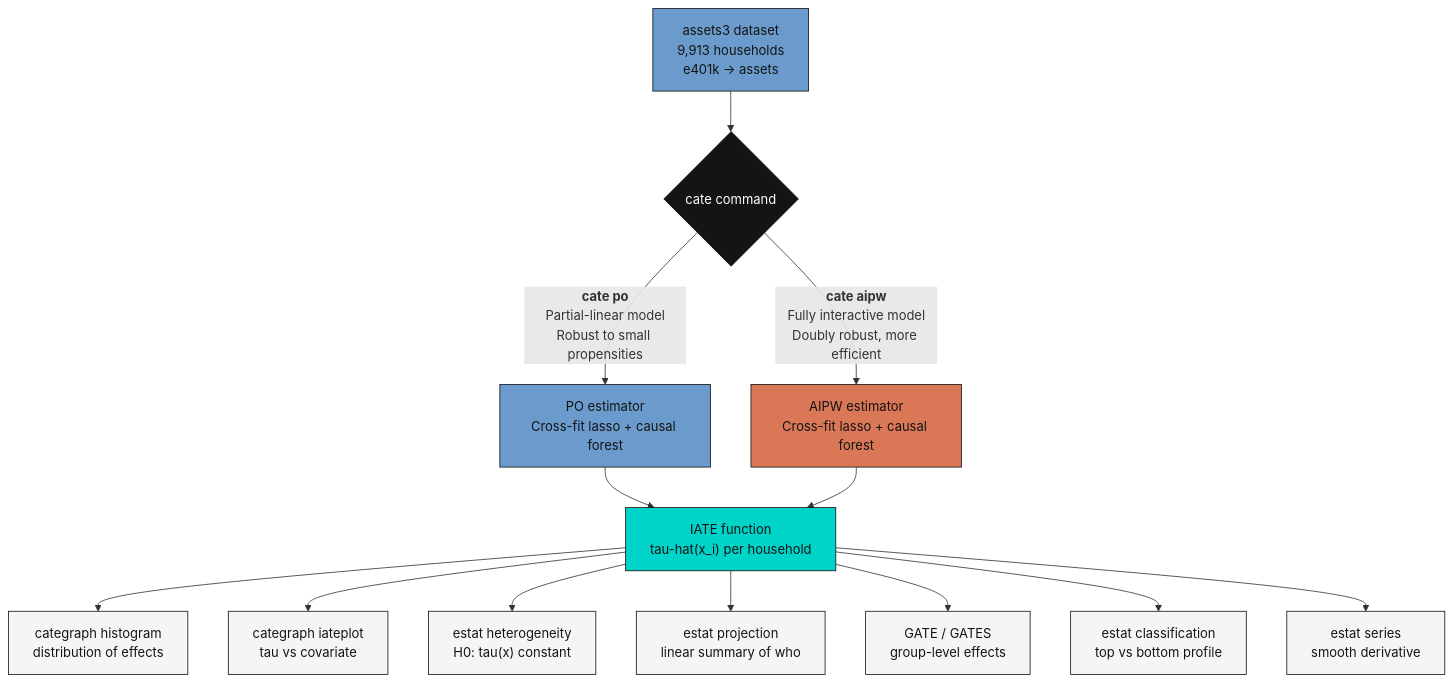
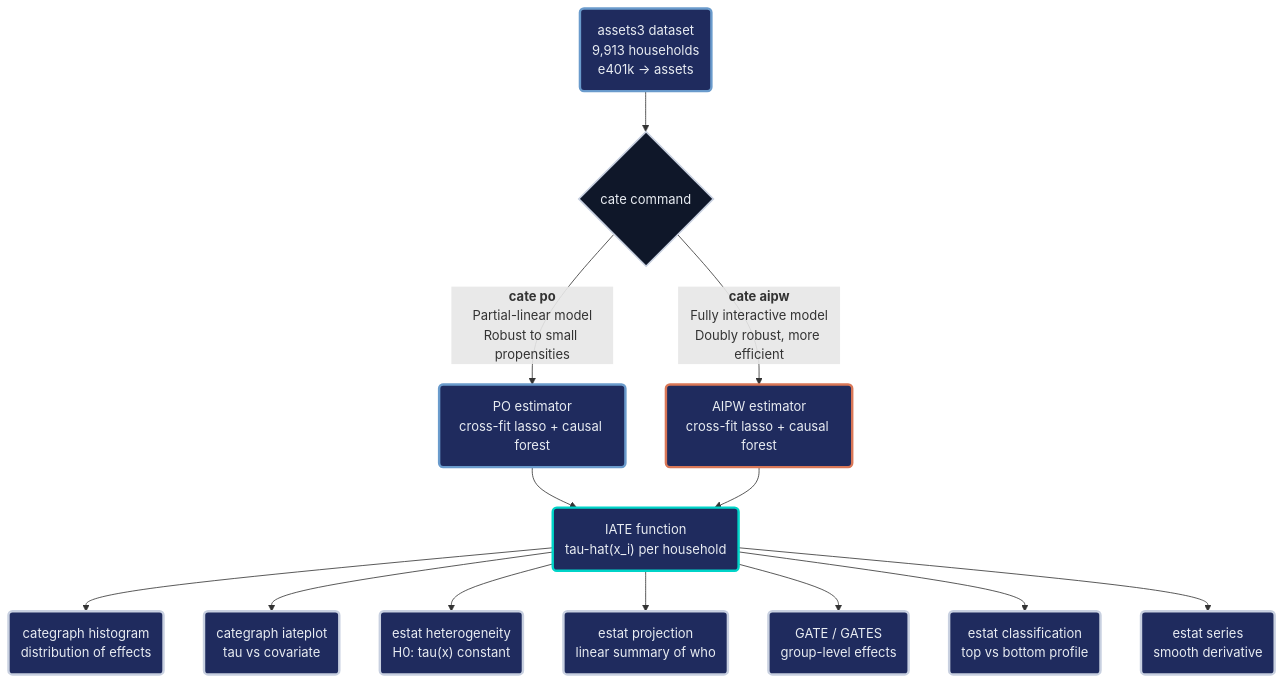
Before and after one commit to cmg777/starter-academic-v501: the diagram in content/post/stata_cate/index.md, drawn with Mermaid. The commit also changed 13 other files, not shown here.

First line of the commit message:
content(mermaid): restyle flowcharts in Stata posts, batch 1 of 2

````diff
--- a/content/post/stata_cate/index.md
+++ b/content/post/stata_cate/index.md
@@ -86,23 +86,23 @@
 ```mermaid
 flowchart TB
-    A["assets3 dataset<br/>9,913 households<br/>e401k -> assets"]:::data
-    A --> B{cate command}:::main
-    B -->|"<b>cate po</b><br/>Partial-linear model<br/>Robust to small propensities"| C["PO estimator<br/>Cross-fit lasso + causal forest"]:::po
-    B -->|"<b>cate aipw</b><br/>Fully interactive model<br/>Doubly robust, more efficient"| D["AIPW estimator<br/>Cross-fit lasso + causal forest"]:::aipw
-    C --> E["IATE function<br/>tau-hat(x_i) per household"]:::iate
+    A("assets3 dataset<br/>9,913 households<br/>e401k -> assets"):::data
+    A --> B{"cate command"}:::main
+    B -->|"<b>cate po</b><br/>Partial-linear model<br/>Robust to small propensities"| C("PO estimator<br/>cross-fit lasso + causal forest"):::po
+    B -->|"<b>cate aipw</b><br/>Fully interactive model<br/>Doubly robust, more efficient"| D("AIPW estimator<br/>cross-fit lasso + causal forest"):::aipw
+    C --> E("IATE function<br/>tau-hat(x_i) per household"):::iate
     D --> E
-    E --> F1["categraph histogram<br/>distribution of effects"]:::post
-    E --> F2["categraph iateplot<br/>tau vs covariate"]:::post
-    E --> F3["estat heterogeneity<br/>H0: tau(x) constant"]:::post
-    E --> F4["estat projection<br/>linear summary of who"]:::post
-    E --> F5["GATE / GATES<br/>group-level effects"]:::post
-    E --> F6["estat classification<br/>top vs bottom profile"]:::post
-    E --> F7["estat series<br/>smooth derivative"]:::post
+    E --> F1("categraph histogram<br/>distribution of effects"):::post
+    E --> F2("categraph iateplot<br/>tau vs covariate"):::post
+    E --> F3("estat heterogeneity<br/>H0: tau(x) constant"):::post
+    E --> F4("estat projection<br/>linear summary of who"):::post
+    E --> F5("GATE / GATES<br/>group-level effects"):::post
+    E --> F6("estat classification<br/>top vs bottom profile"):::post
+    E --> F7("estat series<br/>smooth derivative"):::post
 
-    classDef data fill:#6a9bcc,stroke:#141413,color:#141413
-    classDef main fill:#141413,stroke:#141413,color:#fff
-    classDef po fill:#6a9bcc,stroke:#141413,color:#141413
-    classDef aipw fill:#d97757,stroke:#141413,color:#141413
-    classDef iate fill:#00d4c8,stroke:#141413,color:#141413
-    classDef post fill:#f5f5f5,stroke:#141413,color:#141413
+    classDef data fill:#1f2b5e,stroke:#6a9bcc,stroke-width:3px,color:#e8ecf2
+    classDef main fill:#0f1729,stroke:#c8d0e0,stroke-width:2px,color:#e8ecf2
+    classDef po fill:#1f2b5e,stroke:#6a9bcc,stroke-width:3px,color:#e8ecf2
+    classDef aipw fill:#1f2b5e,stroke:#d97757,stroke-width:3px,color:#e8ecf2
+    classDef iate fill:#1f2b5e,stroke:#00d4c8,stroke-width:3px,color:#e8ecf2
+    classDef post fill:#1f2b5e,stroke:#c8d0e0,stroke-width:3px,color:#e8ecf2
 ```
````
